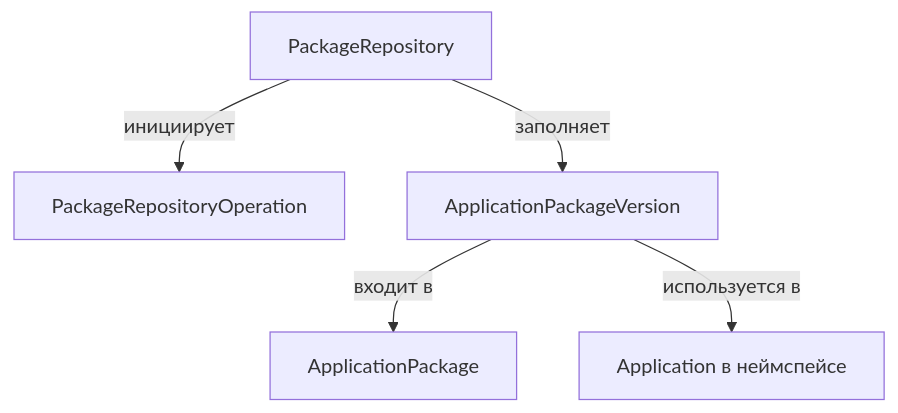
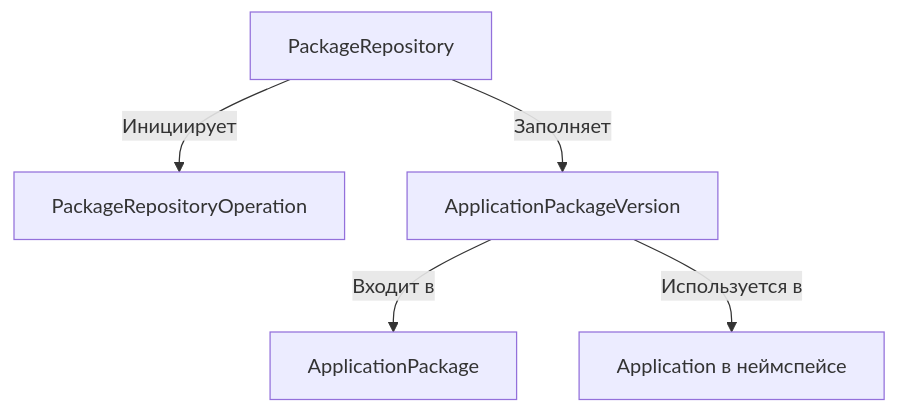
The diagram in docs/documentation/pages/architecture/marketplace/CONCEPTS_RU.md (deckhouse/deckhouse), drawn with Mermaid before and after one commit. The commit also changed other lines of this file and 42 other files, not shown here.

```diff
--- a/docs/documentation/pages/architecture/marketplace/CONCEPTS_RU.md
+++ b/docs/documentation/pages/architecture/marketplace/CONCEPTS_RU.md
@@ -29,7 +31,7 @@
 <pre class="mermaid">
 flowchart TD
-    PR[PackageRepository] -->|инициирует| PRO[PackageRepositoryOperation]
-    PR -->|заполняет| APV[ApplicationPackageVersion]
-    APV -->|входит в| AP[ApplicationPackage]
-    APV -->|используется в| APP[Application в неймспейсе]
+    PR[PackageRepository] -->|Инициирует| PRO[PackageRepositoryOperation]
+    PR -->|Заполняет| APV[ApplicationPackageVersion]
+    APV -->|Входит в| AP[ApplicationPackage]
+    APV -->|Используется в| APP[Application в неймспейсе]
 </pre>
```
